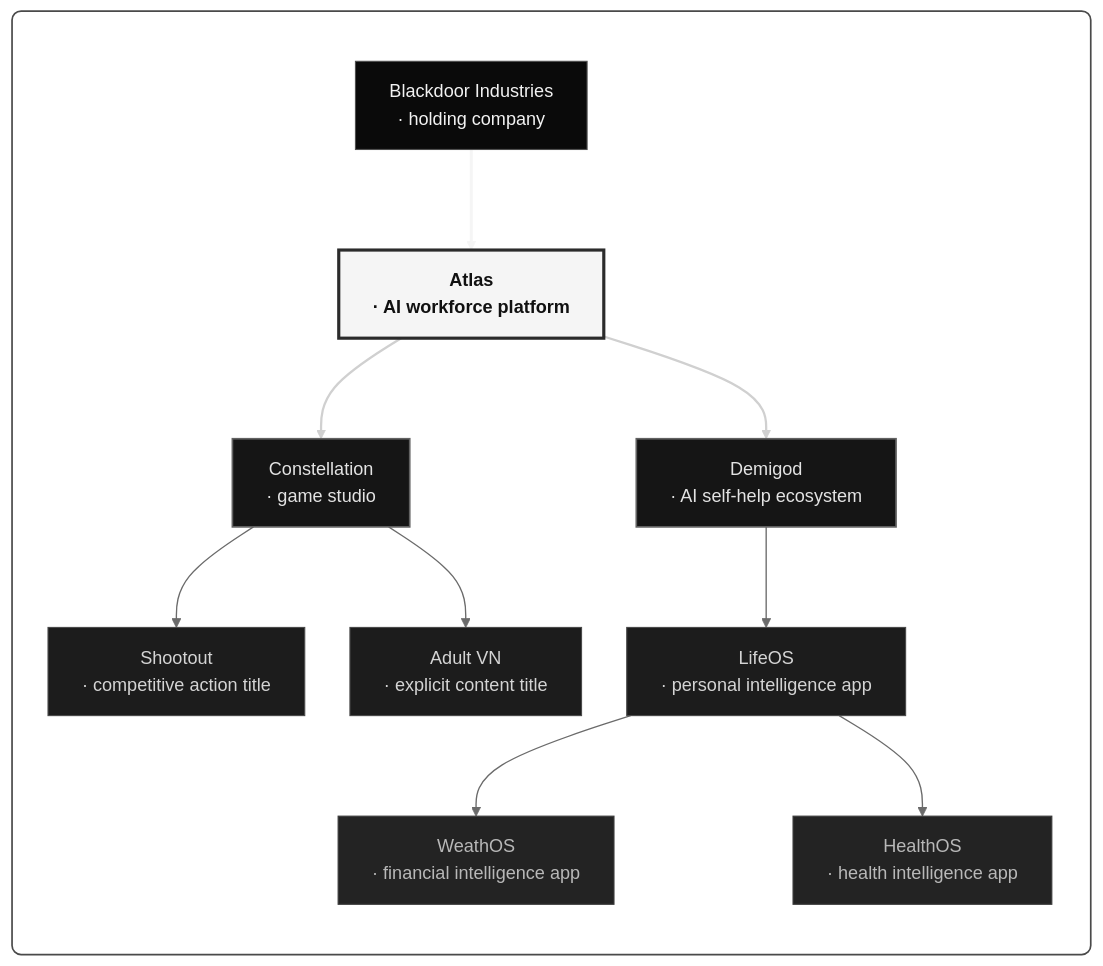
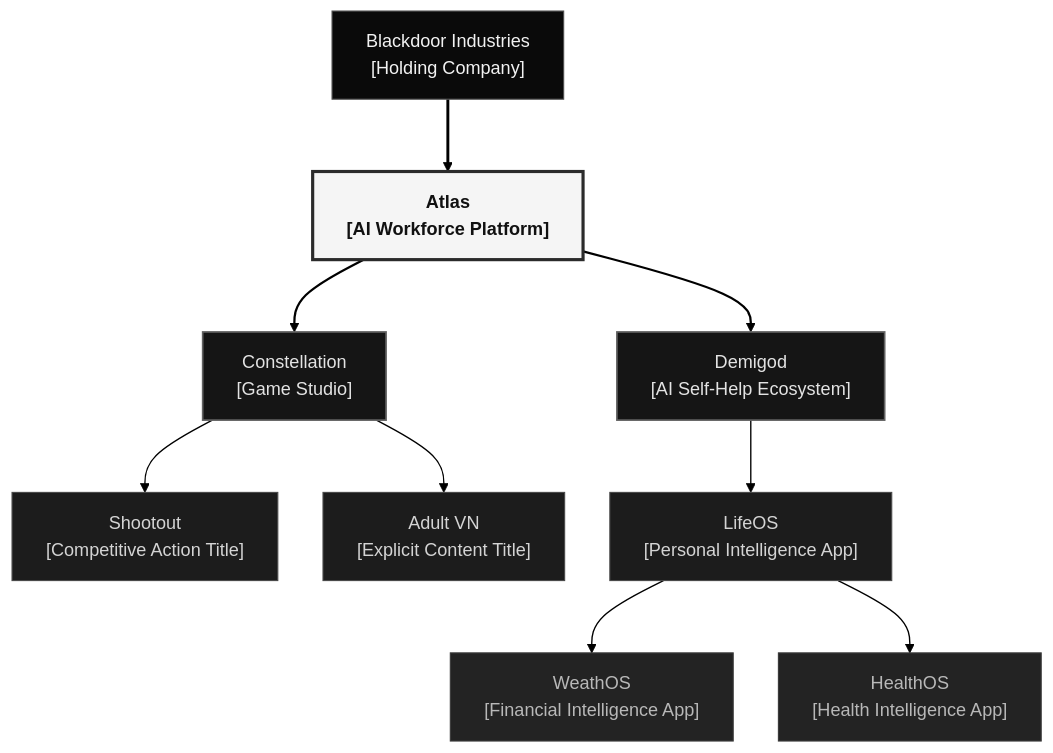
One commit to Blackdoor-Industries/.github changed the first of 2 diagrams in profile/README.md. Above: the diagram before and after it, drawn with Mermaid.

Commit message:
Update org diagram labels and connector styling

````diff
--- a/profile/README.md
+++ b/profile/README.md
@@ -41,53 +41,48 @@
 ```mermaid
 %%{init: {
   "theme": "base",
   "flowchart": {
     "curve": "basis",
     "nodeSpacing": 40,
     "rankSpacing": 64
   },
   "themeVariables": {
     "fontFamily": "system-ui, -apple-system, Segoe UI, sans-serif",
-    "lineColor": "#6b6b6b",
+    "lineColor": "#000000",
     "textColor": "#eaeaea",
     "primaryColor": "#181818",
     "primaryBorderColor": "#454545",
     "tertiaryColor": "#121212",
     "background": "#ffffff"
   }
 }}%%
 flowchart TB
-    subgraph ORG[" "]
-        direction TB
-        BD["Blackdoor Industries<br/>· holding company"]:::holding
-        ATLAS["Atlas<br/>· AI workforce platform"]:::atlas
-        CONST["Constellation<br/>· game studio"]:::subsidiary
-        DEMI["Demigod<br/>· AI self-help ecosystem"]:::subsidiary
-        SHOOT["Shootout<br/>· competitive action title"]:::product
-        VN["Adult VN<br/>· explicit content title"]:::product
-        LIFE["LifeOS<br/>· personal intelligence app"]:::product
-        WEATH["WeathOS<br/>· financial intelligence app"]:::module
-        HEALTH["HealthOS<br/>· health intelligence app"]:::module
+    BD["Blackdoor Industries<br/>[Holding Company]"]:::holding
+    ATLAS["Atlas<br/>[AI Workforce Platform]"]:::atlas
+    CONST["Constellation<br/>[Game Studio]"]:::subsidiary
+    DEMI["Demigod<br/>[AI Self-Help Ecosystem]"]:::subsidiary
+    SHOOT["Shootout<br/>[Competitive Action Title]"]:::product
+    VN["Adult VN<br/>[Explicit Content Title]"]:::product
+    LIFE["LifeOS<br/>[Personal Intelligence App]"]:::product
+    WEATH["WeathOS<br/>[Financial Intelligence App]"]:::module
+    HEALTH["HealthOS<br/>[Health Intelligence App]"]:::module
 
-        BD ==> ATLAS
-        ATLAS ==> CONST
-        ATLAS ==> DEMI
-        CONST --> SHOOT
-        CONST --> VN
-        DEMI --> LIFE
-        LIFE --> WEATH
-        LIFE --> HEALTH
-    end
+    BD ==> ATLAS
+    ATLAS ==> CONST
+    ATLAS ==> DEMI
+    CONST --> SHOOT
+    CONST --> VN
+    DEMI --> LIFE
+    LIFE --> WEATH
+    LIFE --> HEALTH
 
     classDef holding fill:#0a0a0a,stroke:#4f4f4f,stroke-width:1px,color:#f2f2f2
     classDef atlas fill:#f5f5f5,stroke:#2b2b2b,stroke-width:2.8px,color:#111,font-weight:700
     classDef subsidiary fill:#151515,stroke:#626262,stroke-width:1.5px,color:#e3e3e3
     classDef product fill:#1c1c1c,stroke:#4a4a4a,stroke-width:1px,color:#d4d4d4
     classDef module fill:#232323,stroke:#3b3b3b,stroke-width:1px,color:#b8b8b8
 
-    style ORG fill:#ffffff,stroke:#4a4a4a,stroke-width:1.5px,rx:8,ry:8
-
-    linkStyle 0 stroke:#f5f5f5,stroke-width:2.6px
-    linkStyle 1,2 stroke:#d0d0d0,stroke-width:2px
-    linkStyle 3,4,5,6,7 stroke:#6b6b6b,stroke-width:1.2px
+    linkStyle 0 stroke:#000000,stroke-width:2.6px
+    linkStyle 1,2 stroke:#000000,stroke-width:2px
+    linkStyle 3,4,5,6,7 stroke:#000000,stroke-width:1.2px
 ```
````
